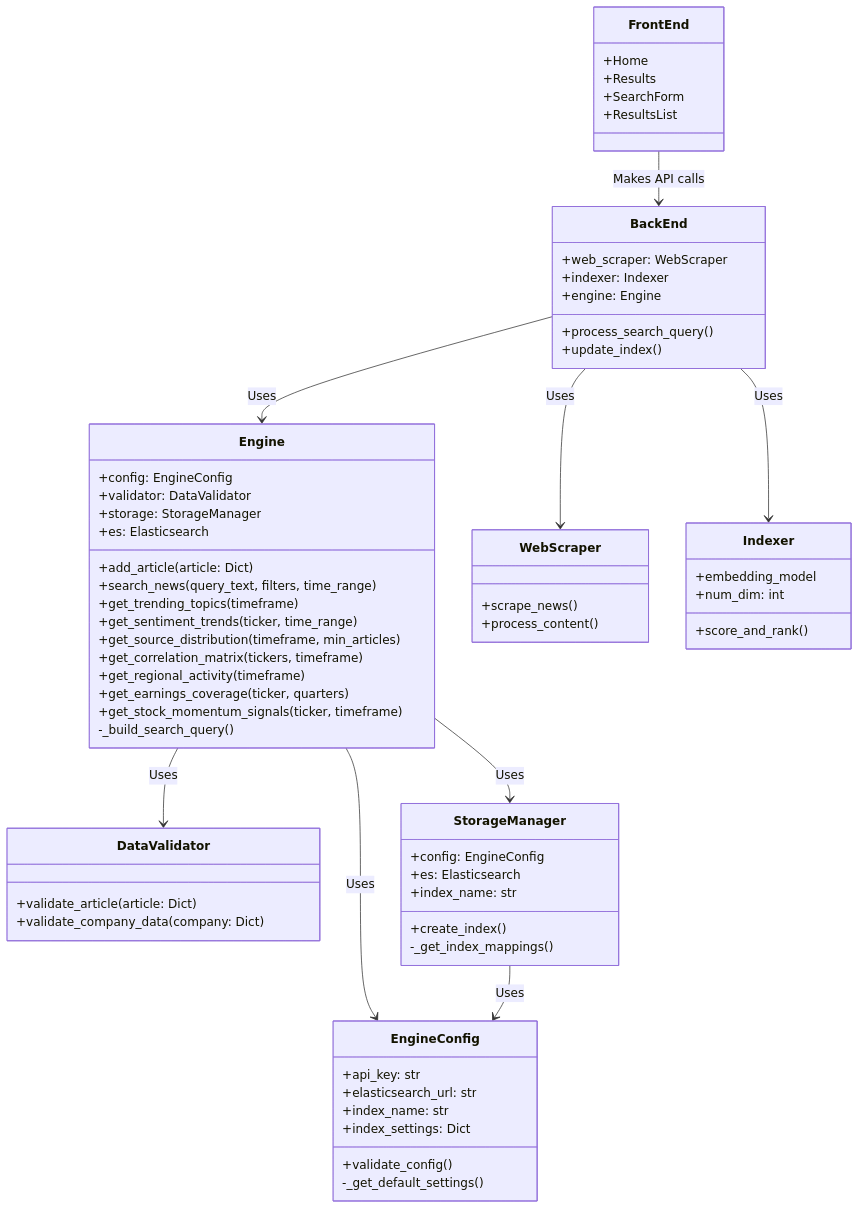
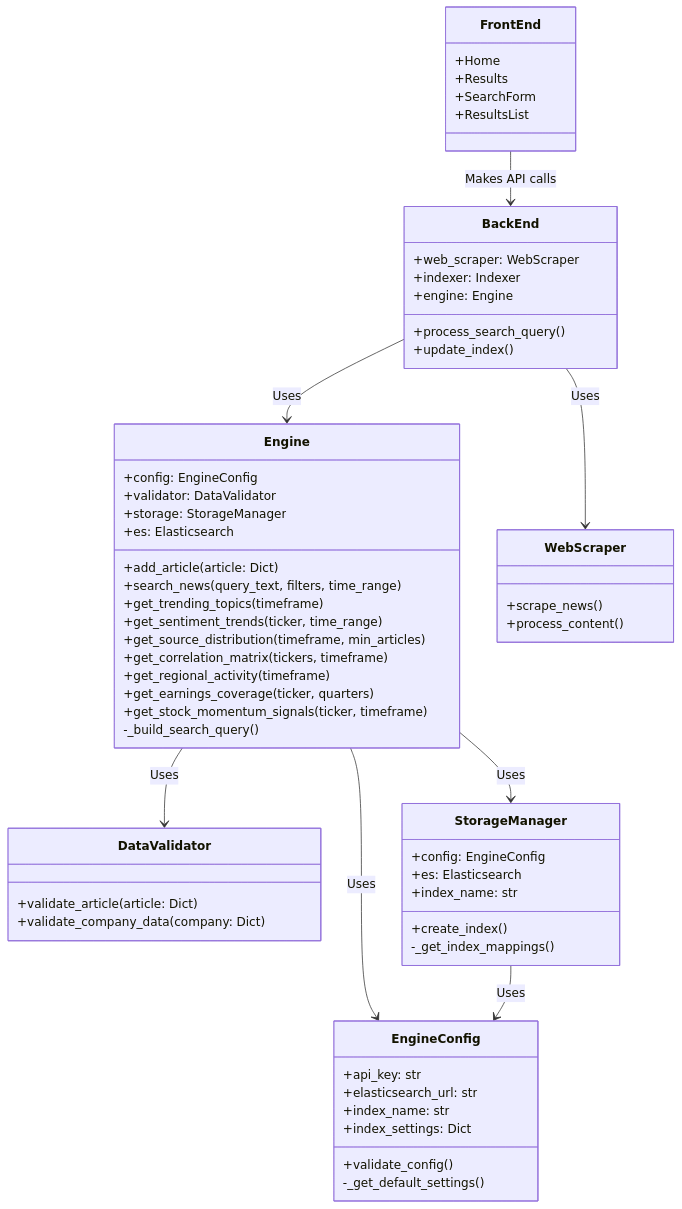
One commit to senior-design-financial-engine/search-engine changed the first of 3 diagrams in ARCHITECTURE.md. Above: the diagram before and after it, drawn with Mermaid.

````diff
--- a/ARCHITECTURE.md
+++ b/ARCHITECTURE.md
@@ -44,77 +44,70 @@
 ```mermaid
 classDiagram
     class Engine {
         +config: EngineConfig
         +validator: DataValidator
         +storage: StorageManager
         +es: Elasticsearch
         +add_article(article: Dict)
         +search_news(query_text, filters, time_range)
         +get_trending_topics(timeframe)
         +get_sentiment_trends(ticker, time_range)
         +get_source_distribution(timeframe, min_articles)
         +get_correlation_matrix(tickers, timeframe)
         +get_regional_activity(timeframe)
         +get_earnings_coverage(ticker, quarters)
         +get_stock_momentum_signals(ticker, timeframe)
         -_build_search_query()
     }
 
     class EngineConfig {
         +api_key: str
         +elasticsearch_url: str
         +index_name: str
         +index_settings: Dict
         +validate_config()
         -_get_default_settings()
     }
 
     class DataValidator {
         +validate_article(article: Dict)
         +validate_company_data(company: Dict)
     }
 
     class StorageManager {
         +config: EngineConfig
         +es: Elasticsearch
         +index_name: str
         +create_index()
         -_get_index_mappings()
     }
 
     class BackEnd {
         +web_scraper: WebScraper
         +indexer: Indexer
         +engine: Engine
         +process_search_query()
         +update_index()
     }
 
     class WebScraper {
         +scrape_news()
         +process_content()
     }
 
-    class Indexer {
-        +embedding_model
-        +num_dim: int
-        +score_and_rank()
-    }
-
     class FrontEnd {
         +Home
         +Results
         +SearchForm
         +ResultsList
     }
 
     Engine --> EngineConfig : Uses
     Engine --> DataValidator : Uses
     Engine --> StorageManager : Uses
     StorageManager --> EngineConfig : Uses
     BackEnd --> Engine : Uses
     BackEnd --> WebScraper : Uses
-    BackEnd --> Indexer : Uses
     FrontEnd --> BackEnd : Makes API calls
 
 ```
````
